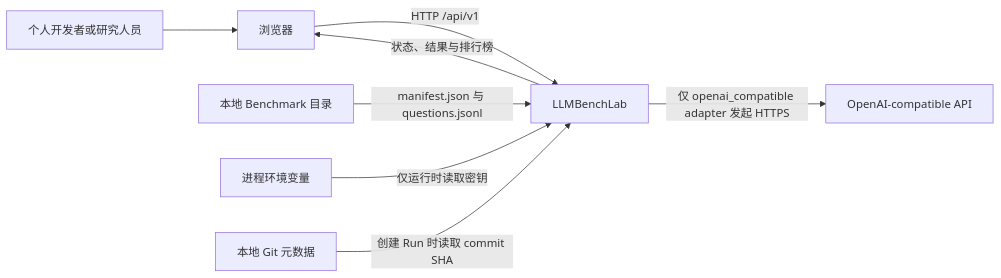
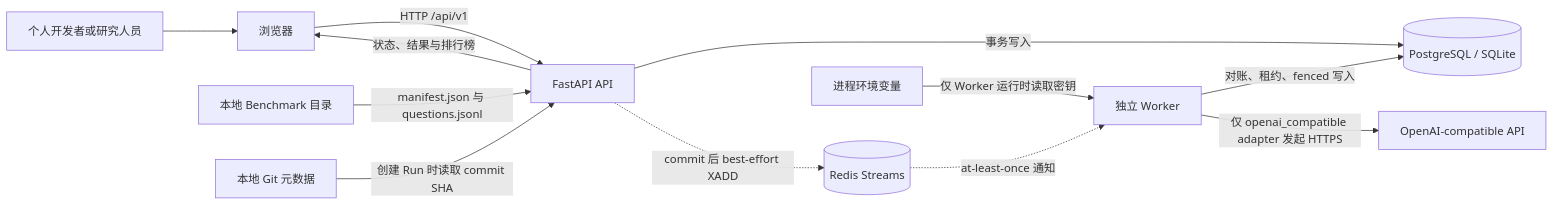
Before and after one commit to CWNU-Open-Source-Community/LLMBenchLab: the first of 7 diagrams in docs/ARCHITECTURE.md, drawn with Mermaid. The commit also changed other lines of this file and 13 other files, not shown here.

````diff
--- a/docs/ARCHITECTURE.md
+++ b/docs/ARCHITECTURE.md
@@ -16,18 +17,25 @@
 ```mermaid
 flowchart LR
     User[个人开发者或研究人员]
     Browser[浏览器]
-    App[LLMBenchLab]
+    API[FastAPI API]
+    Worker[独立 Worker]
+    DB[(PostgreSQL / SQLite)]
+    Queue[(Redis Streams)]
     Dataset[本地 Benchmark 目录]
     Env[进程环境变量]
     Upstream[OpenAI-compatible API]
     Git[本地 Git 元数据]
 
     User --> Browser
-    Browser -->|HTTP /api/v1| App
-    Dataset -->|manifest.json 与 questions.jsonl| App
-    Env -->|仅运行时读取密钥| App
-    App -->|仅 openai_compatible adapter 发起 HTTPS| Upstream
-    Git -->|创建 Run 时读取 commit SHA| App
-    App -->|状态、结果与排行榜| Browser
+    Browser -->|HTTP /api/v1| API
+    Dataset -->|manifest.json 与 questions.jsonl| API
+    Git -->|创建 Run 时读取 commit SHA| API
+    API -->|事务写入| DB
+    API -.->|commit 后 best-effort XADD| Queue
+    Queue -.->|at-least-once 通知| Worker
+    Worker -->|对账、租约、fenced 写入| DB
+    Env -->|仅 Worker 运行时读取密钥| Worker
+    Worker -->|仅 openai_compatible adapter 发起 HTTPS| Upstream
+    API -->|状态、结果与排行榜| Browser
 ```
````
